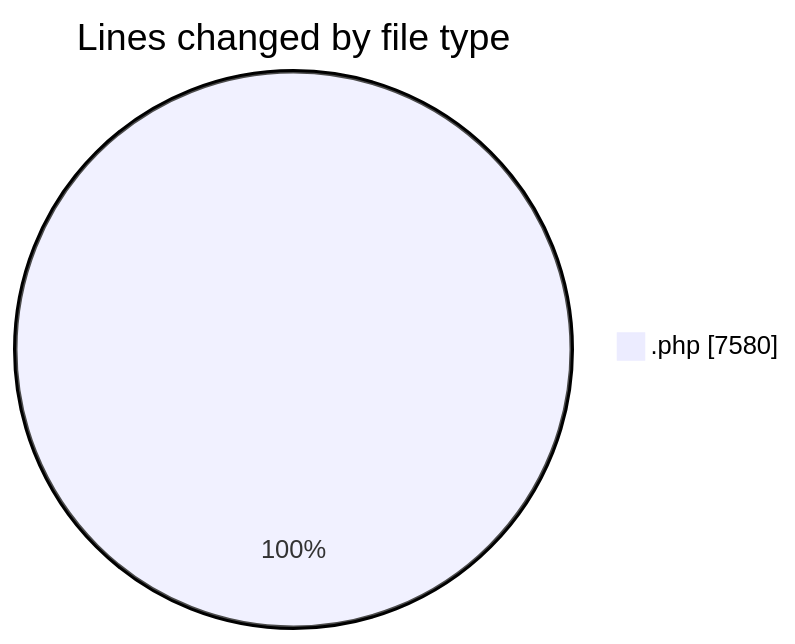
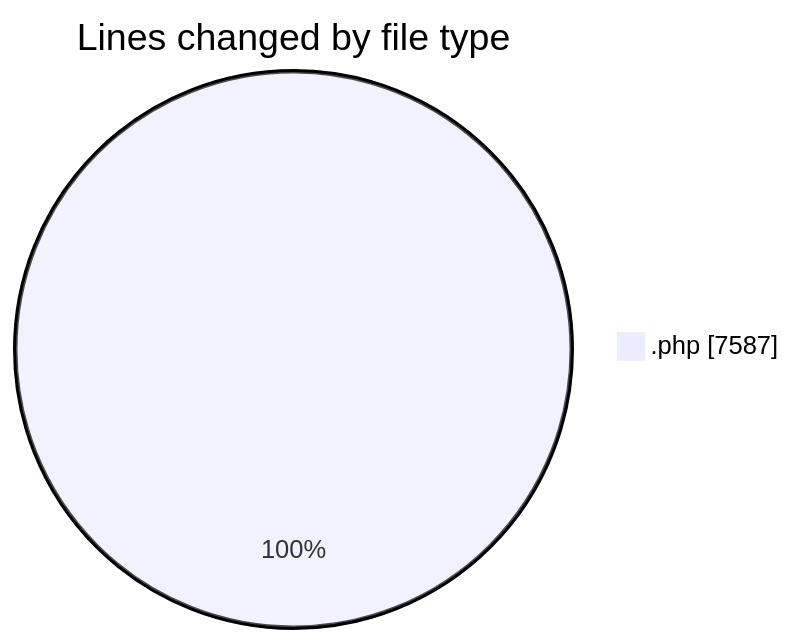
Before and after one commit to vahidmafi/code-tracking: the first of 2 diagrams in 2025-07-21/shop/README.md, drawn with Mermaid. The commit also changed other lines of this file and 1 other file, not shown here.

````diff
--- a/2025-07-21/shop/README.md
+++ b/2025-07-21/shop/README.md
@@ -22,5 +22,5 @@
 ```mermaid
 pie showData
 title Lines changed by file type
-".php" : 7580
+".php" : 7587
 ```
````
